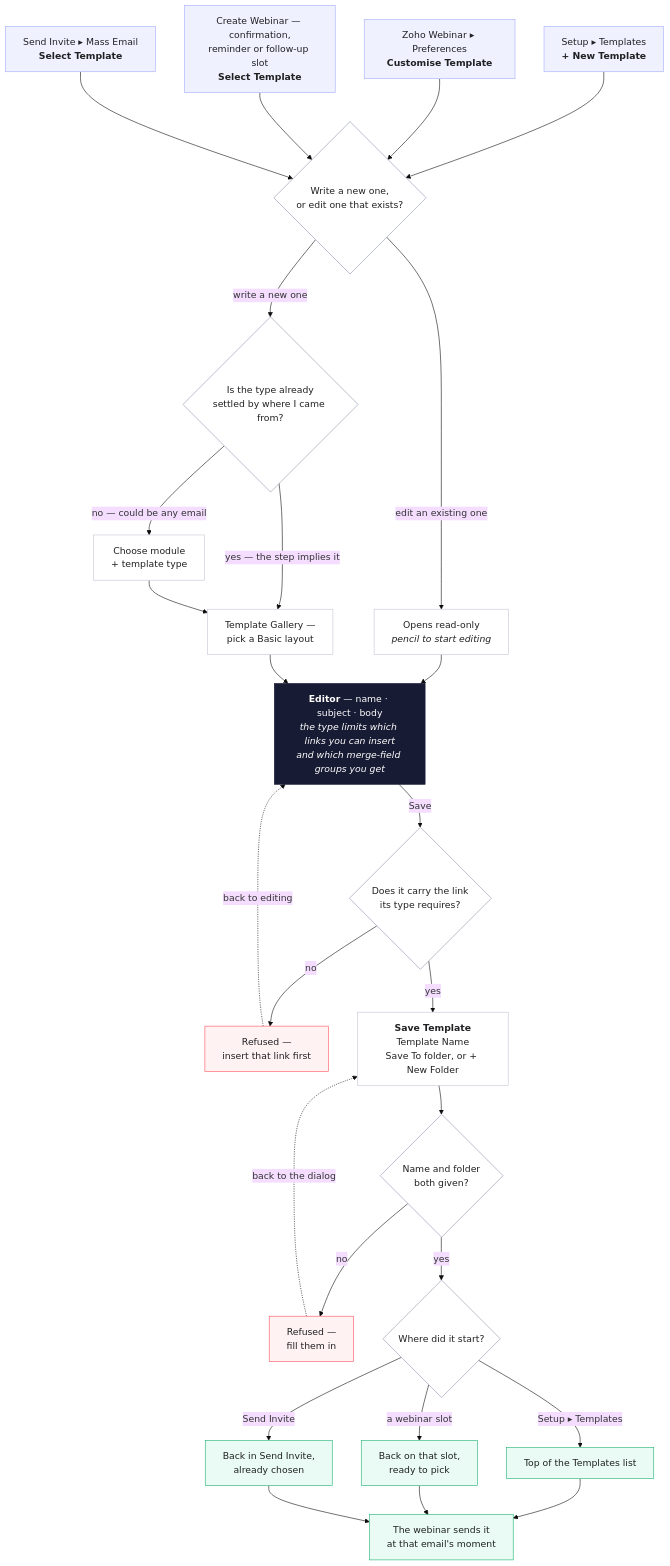
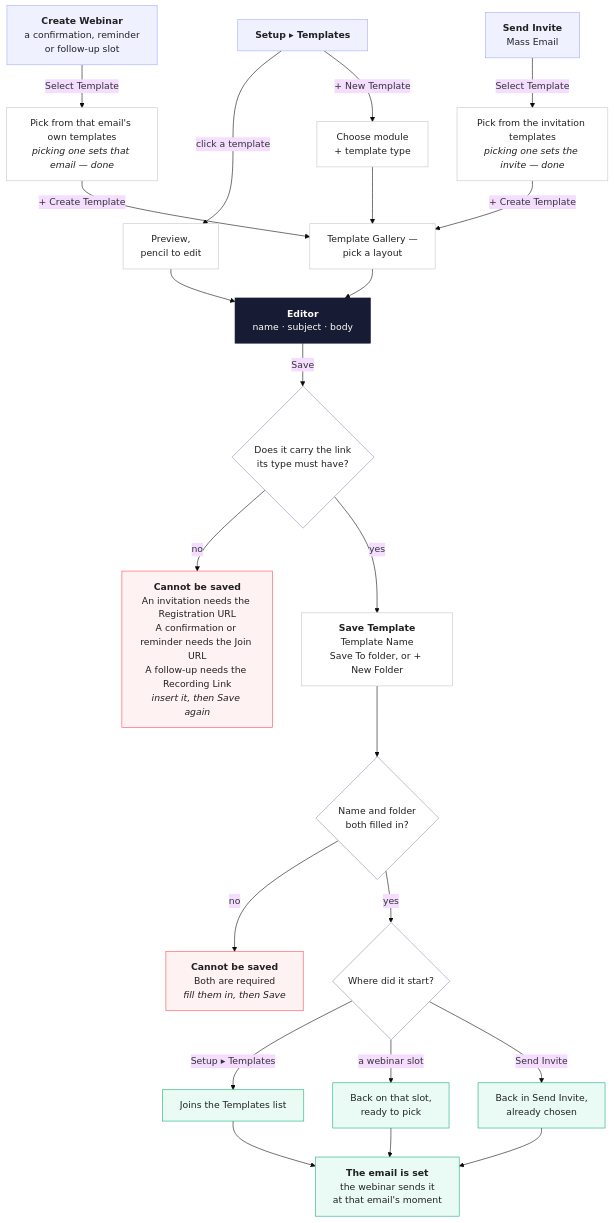
The diagram in docs/flows/template-flow.md (jay-suriya/Zoho_Webinar), drawn with Mermaid (base theme) before and after one commit. The commit also changed other lines of this file, not shown here.

First line of the commit message:
Template chart: three flows only, exceptions spelled out

````diff
--- a/docs/flows/template-flow.md
+++ b/docs/flows/template-flow.md
@@ -9,50 +13,43 @@
 ```mermaid
 flowchart TD
   classDef entry fill:#F0F1FF,stroke:#A3ACFF,color:#202123
+  classDef step  fill:#FFFFFF,stroke:#C5C4D3,color:#202123
   classDef ask   fill:#FFFFFF,stroke:#8C91AB,color:#202123
-  classDef step  fill:#FFFFFF,stroke:#C5C4D3,color:#202123
   classDef write fill:#181B34,stroke:#181B34,color:#FFFFFF
   classDef stop  fill:#FFF2F3,stroke:#FF4D5B,color:#202123
   classDef land  fill:#E9FBF4,stroke:#19B171,color:#202123
 
-  A["Setup ▸ Templates<br/><b>+ New Template</b>"]:::entry
-  B["Zoho Webinar ▸ Preferences<br/><b>Customise Template</b>"]:::entry
-  C["Create Webinar — confirmation,<br/>reminder or follow-up slot<br/><b>Select Template</b>"]:::entry
-  D["Send Invite ▸ Mass Email<br/><b>Select Template</b>"]:::entry
+  W["<b>Create Webinar</b><br/>a confirmation, reminder<br/>or follow-up slot"]:::entry
+  S["<b>Send Invite</b><br/>Mass Email"]:::entry
+  T["<b>Setup ▸ Templates</b>"]:::entry
 
-  A --> Q
-  B --> Q
-  C --> Q
-  D --> Q
+  W -- "Select Template" --> P1["Pick from that email's own templates<br/><i>picking one sets that email — done</i>"]:::step
+  S -- "Select Template" --> P2["Pick from the invitation templates<br/><i>picking one sets the invite — done</i>"]:::step
+  T -- "click a template" --> PV["Preview,<br/>pencil to edit"]:::step
+  T -- "+ New Template" --> TY["Choose module<br/>+ template type"]:::step
 
-  Q{"Write a new one,<br/>or edit one that exists?"}:::ask
-  Q -- "edit an existing one" --> EX["Opens read-only<br/><i>pencil to start editing</i>"]:::step
-  Q -- "write a new one" --> T{"Is the type already<br/>settled by where I came from?"}:::ask
+  P1 -- "+ Create Template" --> GAL
+  P2 -- "+ Create Template" --> GAL
+  TY --> GAL["Template Gallery —<br/>pick a layout"]:::step
 
-  T -- "no — could be any email" --> M["Choose module<br/>+ template type"]:::step
-  T -- "yes — the step implies it" --> GAL
-  M --> GAL["Template Gallery —<br/>pick a Basic layout"]:::step
+  PV --> ED
+  GAL --> ED
+  ED["<b>Editor</b><br/>name · subject · body"]:::write
 
-  EX --> ED
-  GAL --> ED
-  ED["<b>Editor</b> — name · subject · body<br/><i>the type limits which links you can insert<br/>and which merge-field groups you get</i>"]:::write
+  ED -- "Save" --> R1{"Does it carry the link<br/>its type must have?"}:::ask
+  R1 -- "no" --> N1["<b>Cannot be saved</b><br/>An invitation needs the Registration URL<br/>A confirmation or reminder needs the Join URL<br/>A follow-up needs the Recording Link<br/><i>insert it, then Save again</i>"]:::stop
 
-  ED -- "Save" --> G1{"Does it carry the link<br/>its type requires?"}:::ask
-  G1 -- "no" --> X1["Refused —<br/>insert that link first"]:::stop
-  X1 -. "back to editing" .-> ED
+  R1 -- "yes" --> DLG["<b>Save Template</b><br/>Template Name<br/>Save To folder, or + New Folder"]:::step
+  DLG --> R2{"Name and folder<br/>both filled in?"}:::ask
+  R2 -- "no" --> N2["<b>Cannot be saved</b><br/>Both are required<br/><i>fill them in, then Save</i>"]:::stop
 
-  G1 -- "yes" --> DLG["<b>Save Template</b><br/>Template Name<br/>Save To folder, or + New Folder"]:::step
-  DLG --> G2{"Name and folder<br/>both given?"}:::ask
-  G2 -- "no" --> X2["Refused —<br/>fill them in"]:::stop
-  X2 -. "back to the dialog" .-> DLG
+  R2 -- "yes" --> WH{"Where did it start?"}:::ask
+  WH -- "Setup ▸ Templates" --> L1["Joins the Templates list"]:::land
+  WH -- "a webinar slot" --> L2["Back on that slot,<br/>ready to pick"]:::land
+  WH -- "Send Invite" --> L3["Back in Send Invite,<br/>already chosen"]:::land
 
-  G2 -- "yes" --> W{"Where did it start?"}:::ask
-  W -- "Setup ▸ Templates" --> L1["Top of the Templates list"]:::land
-  W -- "a webinar slot" --> L2["Back on that slot,<br/>ready to pick"]:::land
-  W -- "Send Invite" --> L3["Back in Send Invite,<br/>already chosen"]:::land
-
-  L1 --> USE
-  L2 --> USE
-  L3 --> USE
-  USE["The webinar sends it<br/>at that email's moment"]:::land
+  L1 --> SET
+  L2 --> SET
+  L3 --> SET
+  SET["<b>The email is set</b><br/>the webinar sends it<br/>at that email's moment"]:::land
 ```
````
